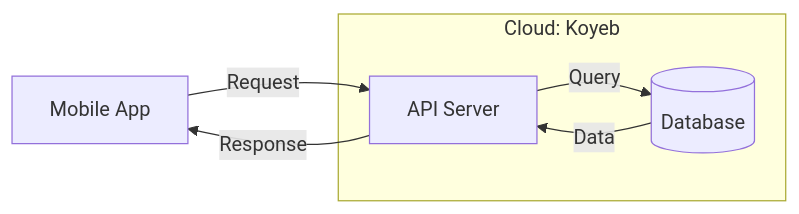
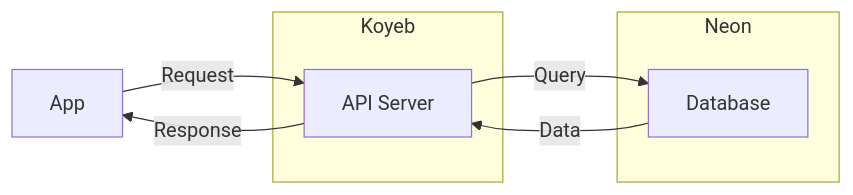
One commit to tsuna-can/express-bus-timetable-app changed the diagram in README.md. Above: the diagram before and after it, drawn with Mermaid. The commit also changed other lines of this file, not shown here.

Commit message:
updated architecture diagram in README.md

````diff
--- a/README.md
+++ b/README.md
@@ -22,10 +22,15 @@
 ```mermaid
 graph LR
-    MobileApp[Mobile App] -->|Request| API
-    API -->|Response| MobileApp
+    App[App] -->|Request| API
+    API -->|Response| App
+    API -->|Query| DB
+    DB -->|Data| API
 
-    subgraph koyeb[Cloud: Koyeb]
-        API[API Server] -->|Query| DB[(Database)]
-        DB -->|Data| API
+    subgraph koyeb[Koyeb]
+        API[API Server]
+    end
+    
+    subgraph neon[Neon]
+        DB[Database]
     end
 ```
````
